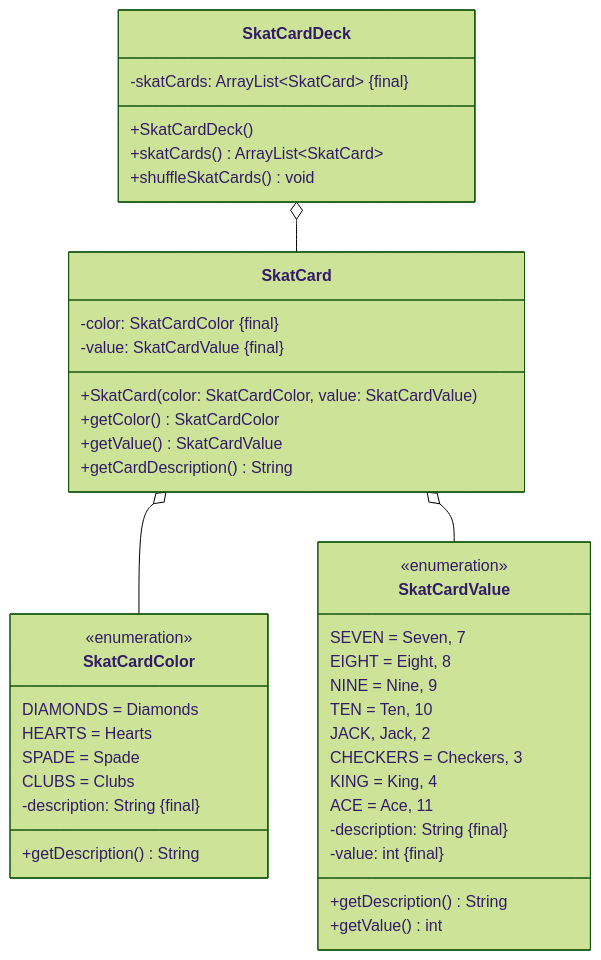
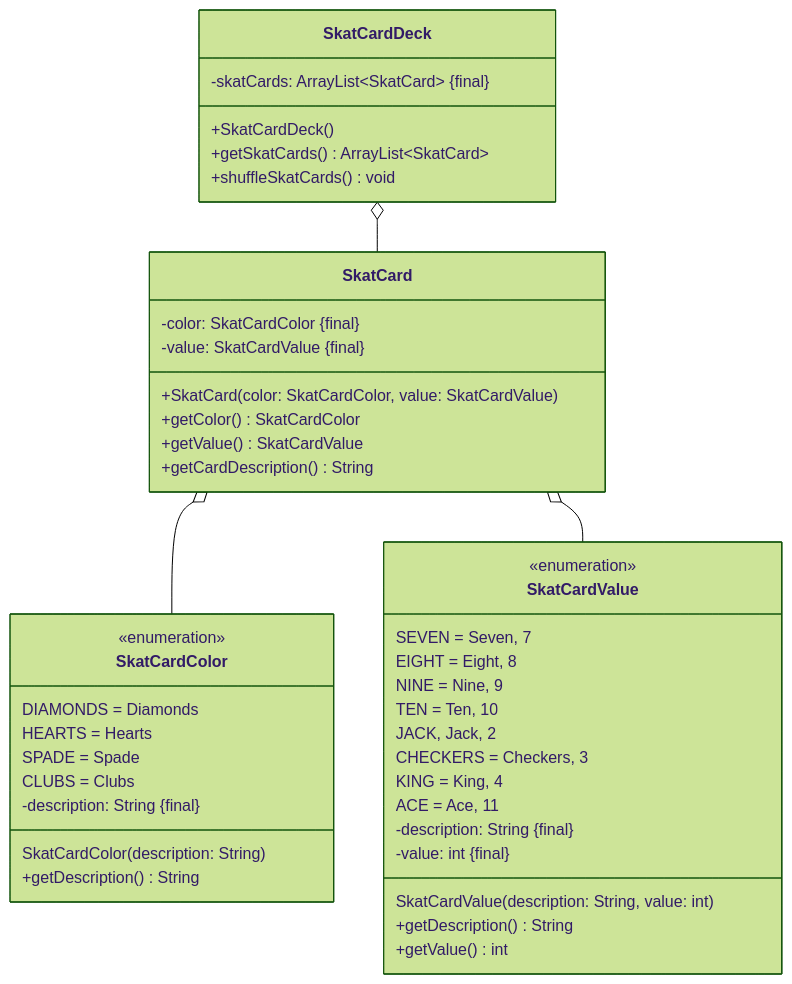
The diagram in docs/exercises/class-diagrams/class-diagrams05.mdx (jappuccini/java-docs), drawn with Mermaid (forest theme) before and after one commit. The commit also changed 2 other files, not shown here.

Commit message:
fix exercises

````diff
--- a/docs/exercises/class-diagrams/class-diagrams05.mdx
+++ b/docs/exercises/class-diagrams/class-diagrams05.mdx
@@ -15,48 +15,50 @@
 ```mermaid
 classDiagram
      SkatCard o-- SkatCardColor
      SkatCard o-- SkatCardValue
      SkatCardDeck o-- SkatCard
 
     class SkatCardValue {
         <<enumeration>>
         SEVEN = Seven, 7
         EIGHT = Eight, 8
         NINE = Nine, 9
         TEN = Ten, 10
         JACK, Jack, 2
         CHECKERS = Checkers, 3
         KING = King, 4
         ACE = Ace, 11
         -description: String &#123final&#125
         -value: int &#123final&#125
+        SkatCardValue(description: String, value: int)
         +getDescription() String
         +getValue() int
     }
 
     class SkatCardColor {
         <<enumeration>>
         DIAMONDS = Diamonds
         HEARTS = Hearts
         SPADE = Spade
         CLUBS = Clubs
+        SkatCardColor(description: String)
         -description: String &#123final&#125
         +getDescription() String
     }
 
     class SkatCard {
         -color: SkatCardColor &#123final&#125
         -value: SkatCardValue &#123final&#125
         +SkatCard(color: SkatCardColor, value: SkatCardValue)
         +getColor() SkatCardColor
         +getValue() SkatCardValue
         +getCardDescription() String
     }
 
     class SkatCardDeck {
         -skatCards: ArrayList~SkatCard~ &#123final&#125
         +SkatCardDeck()
-        +skatCards() ArrayList~SkatCard~
+        +getSkatCards() ArrayList~SkatCard~
         +shuffleSkatCards() void
     }
 ```
````
